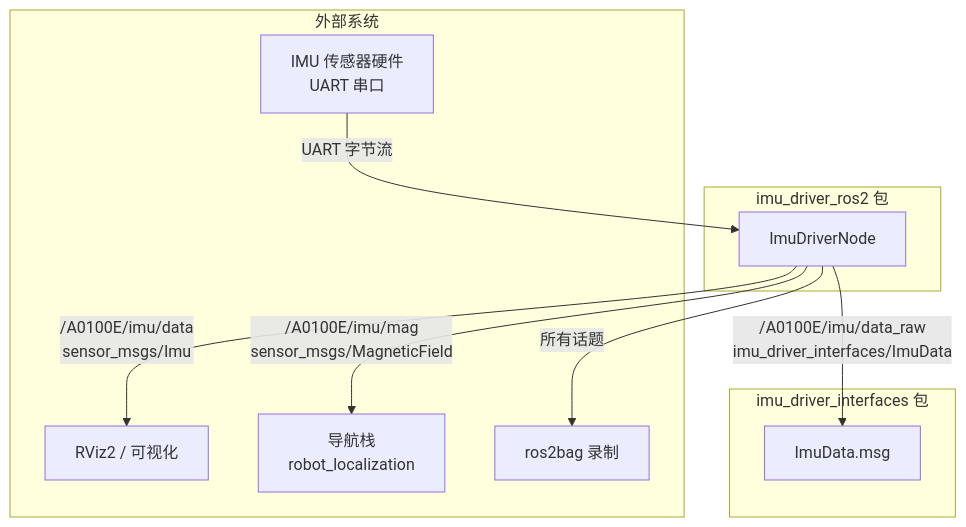
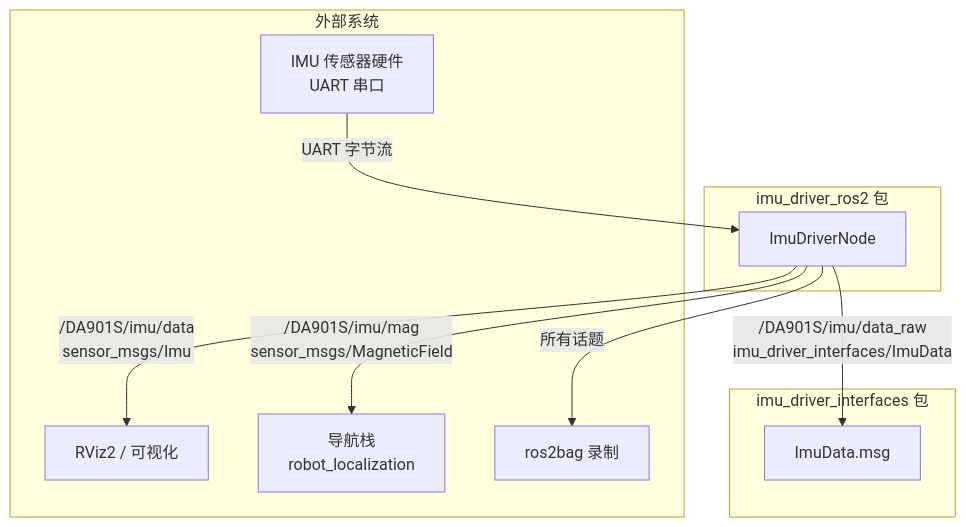
Before and after one commit to RichExplor/imu_driver_ros2: the first of 8 diagrams in plans/ros2_migration_plan.md, drawn with Mermaid. The commit also changed other lines of this file and 34 other files, not shown here.

````diff
--- a/plans/ros2_migration_plan.md
+++ b/plans/ros2_migration_plan.md
@@ -66,23 +68,23 @@
 ```mermaid
 graph TB
     subgraph 外部系统
         IMU_HW["IMU 传感器硬件<br/>UART 串口"]
         RVIZ["RViz2 / 可视化"]
         NAV["导航栈<br/>robot_localization"]
         BAG["ros2bag 录制"]
     end
 
     subgraph "imu_driver_ros2 包"
         NODE["ImuDriverNode"]
     end
 
     subgraph "imu_driver_interfaces 包"
         MSG["ImuData.msg"]
     end
 
     IMU_HW -->|"UART 字节流"| NODE
-    NODE -->|"/A0100E/imu/data_raw<br/>imu_driver_interfaces/ImuData"| MSG
-    NODE -->|"/A0100E/imu/data<br/>sensor_msgs/Imu"| RVIZ
-    NODE -->|"/A0100E/imu/mag<br/>sensor_msgs/MagneticField"| NAV
+    NODE -->|"/DA901S/imu/data_raw<br/>imu_driver_interfaces/ImuData"| MSG
+    NODE -->|"/DA901S/imu/data<br/>sensor_msgs/Imu"| RVIZ
+    NODE -->|"/DA901S/imu/mag<br/>sensor_msgs/MagneticField"| NAV
     NODE -->|"所有话题"| BAG
 ```
````
